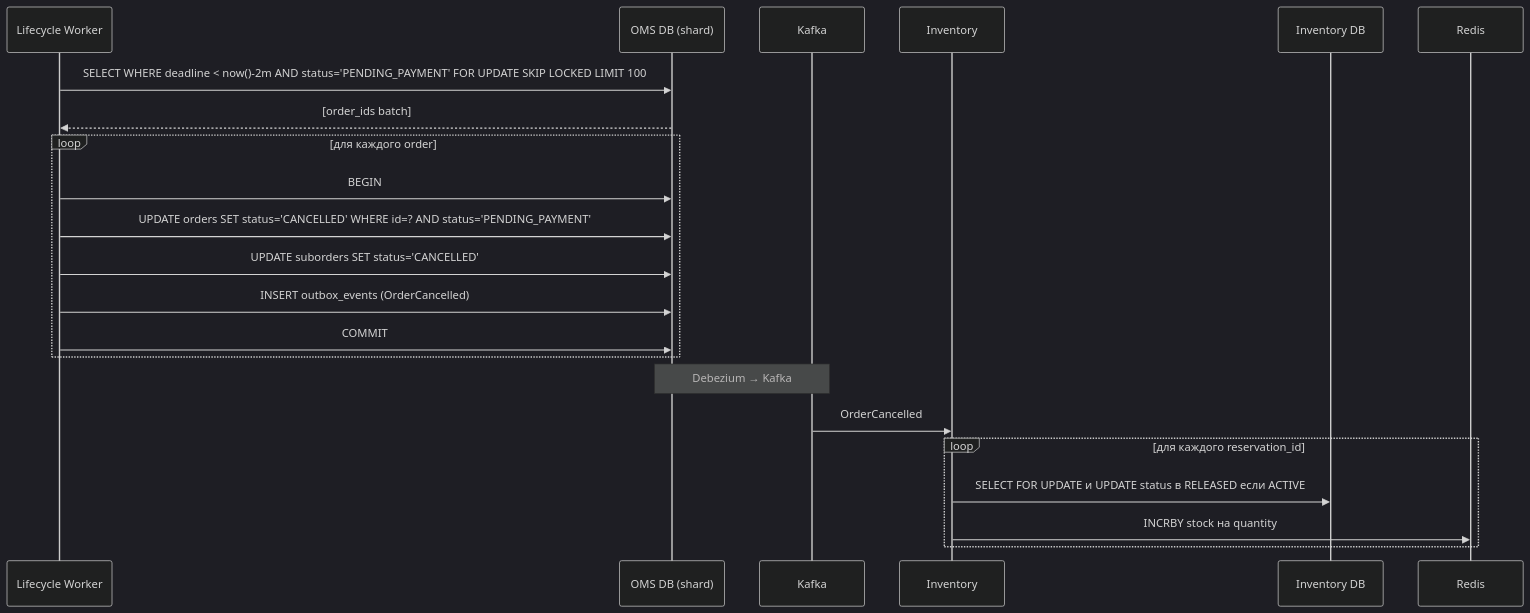
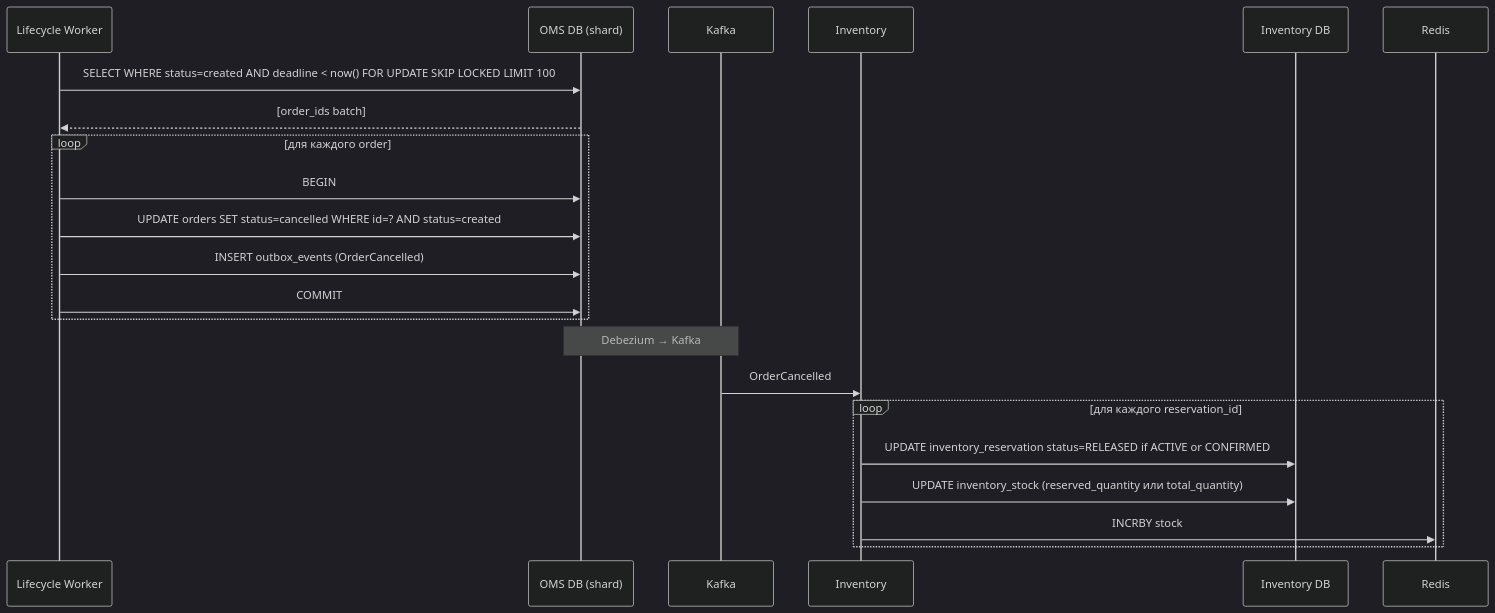
The tenth of 10 diagrams in marketplace-order-solution.md (Unbiscuit/dev_sol), drawn with Mermaid (dark theme) before and after one commit. The commit also changed other lines of this file, not shown here.

````diff
--- a/marketplace-order-solution.md
+++ b/marketplace-order-solution.md
@@ -631,27 +706,27 @@
 ```mermaid
 sequenceDiagram
     participant Worker as Lifecycle Worker
     participant OMSDB as OMS DB (shard)
     participant Kafka
     participant Inventory
     participant InvDB as Inventory DB
     participant InvRedis as Redis
 
-    Worker->>OMSDB: SELECT WHERE deadline < now()-2m AND status='PENDING_PAYMENT' FOR UPDATE SKIP LOCKED LIMIT 100
+    Worker->>OMSDB: SELECT WHERE status=created AND deadline < now() FOR UPDATE SKIP LOCKED LIMIT 100
     OMSDB-->>Worker: [order_ids batch]
 
     loop для каждого order
         Worker->>OMSDB: BEGIN
-        Worker->>OMSDB: UPDATE orders SET status='CANCELLED' WHERE id=? AND status='PENDING_PAYMENT'
-        Worker->>OMSDB: UPDATE suborders SET status='CANCELLED'
+        Worker->>OMSDB: UPDATE orders SET status=cancelled WHERE id=? AND status=created
         Worker->>OMSDB: INSERT outbox_events (OrderCancelled)
         Worker->>OMSDB: COMMIT
     end
 
     Note over OMSDB, Kafka: Debezium → Kafka
     Kafka->>Inventory: OrderCancelled
     loop для каждого reservation_id
-        Inventory->>InvDB: SELECT FOR UPDATE и UPDATE status в RELEASED если ACTIVE
-        Inventory->>InvRedis: INCRBY stock на quantity
+        Inventory->>InvDB: UPDATE inventory_reservation status=RELEASED if ACTIVE or CONFIRMED
+        Inventory->>InvDB: UPDATE inventory_stock (reserved_quantity или total_quantity)
+        Inventory->>InvRedis: INCRBY stock
     end
 ```
````
